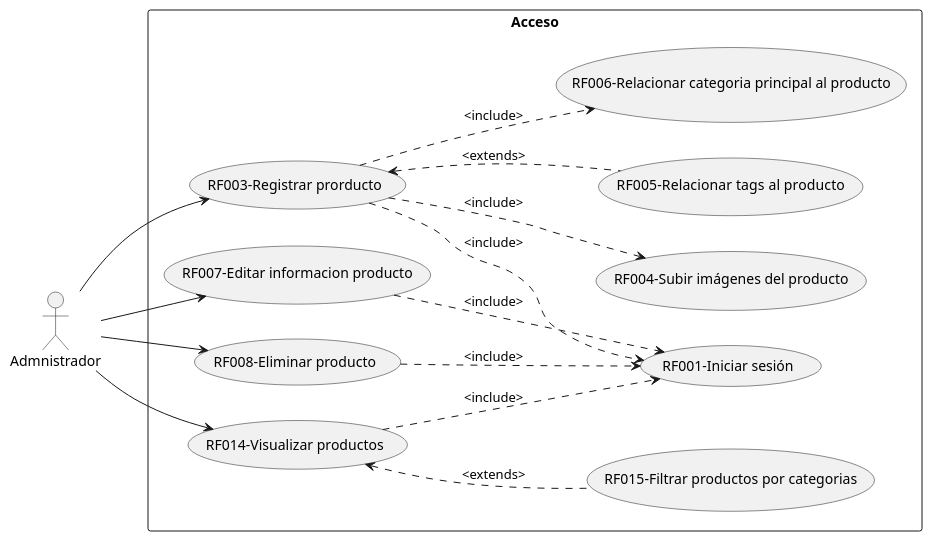
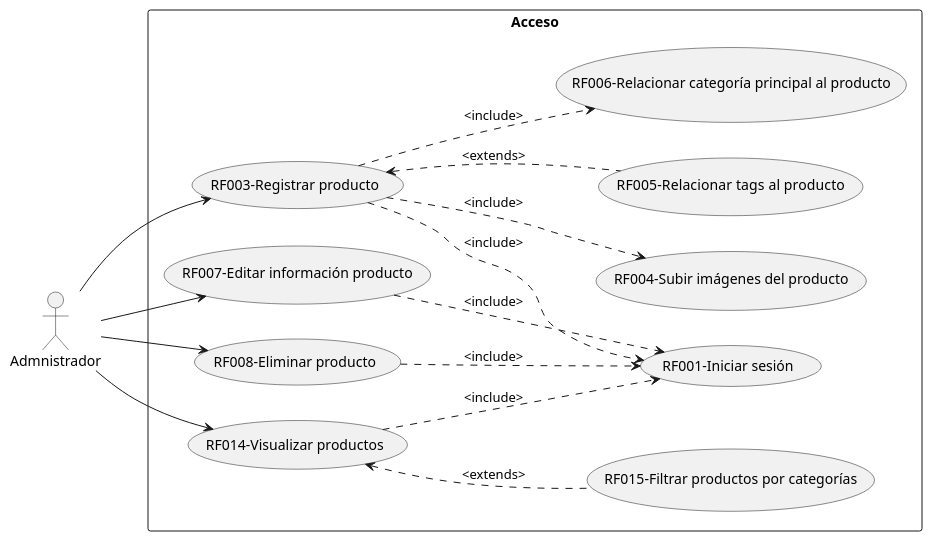
The diagram in CasosDeUso/metalK_cdu_productos.puml (Los-Waza/MetalK_Documentation), drawn with PlantUML before and after one commit. The commit also changed 5 other files, not shown here.

```diff
--- a/CasosDeUso/metalK_cdu_productos.puml
+++ b/CasosDeUso/metalK_cdu_productos.puml
@@ -1,33 +1,33 @@
 @startuml MetalK_UseCases_Products
     left to right direction
 
     actor Admnistrador as a
 
     rectangle Acceso{
         usecase "RF001-Iniciar sesión" as RF001
-        usecase "RF003-Registrar prorducto" as RF003
+        usecase "RF003-Registrar producto" as RF003
         usecase "RF004-Subir imágenes del producto" as RF004
         usecase "RF005-Relacionar tags  al producto" as RF005
-        usecase "RF006-Relacionar categoria principal al producto" as RF006
-        usecase "RF007-Editar informacion producto" as RF007
+        usecase "RF006-Relacionar categoría principal al producto" as RF006
+        usecase "RF007-Editar información producto" as RF007
         usecase "RF008-Eliminar producto" as RF008
         usecase "RF014-Visualizar productos" as RF014
-        usecase "RF015-Filtrar productos por categorias" as RF015
+        usecase "RF015-Filtrar productos por categorías" as RF015
     }
 
     a -down-> RF003
     RF003 .down.> RF004:<include>
     RF003 <.down. RF005:<extends>
     RF003 .down.> RF006:<include>
     a -down-> RF007
     a -down-> RF008
     a -down-> RF014
     RF014 <.down. RF015:<extends>
     RF003 .down.> RF001:<include>
     RF007 .down.> RF001:<include>
     RF008 .down.> RF001:<include>
     RF014 .down.> RF001:<include>
 
 
 
 @enduml
```
